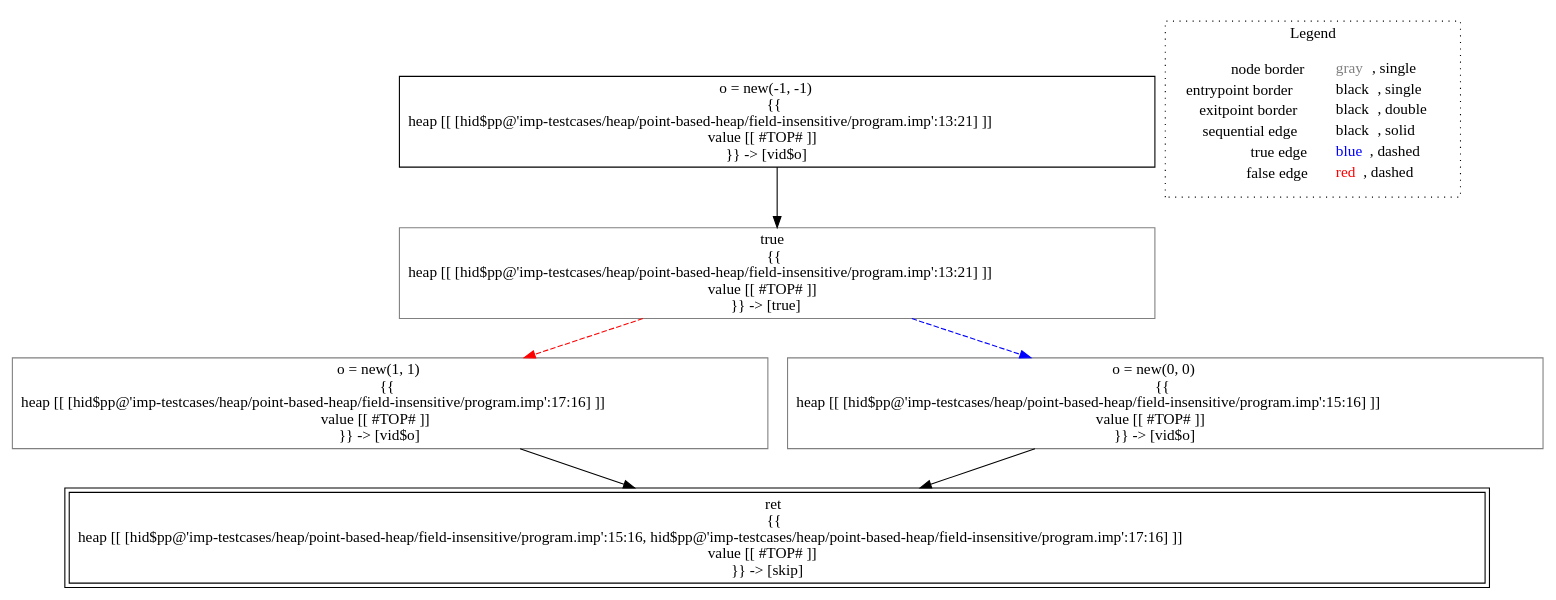
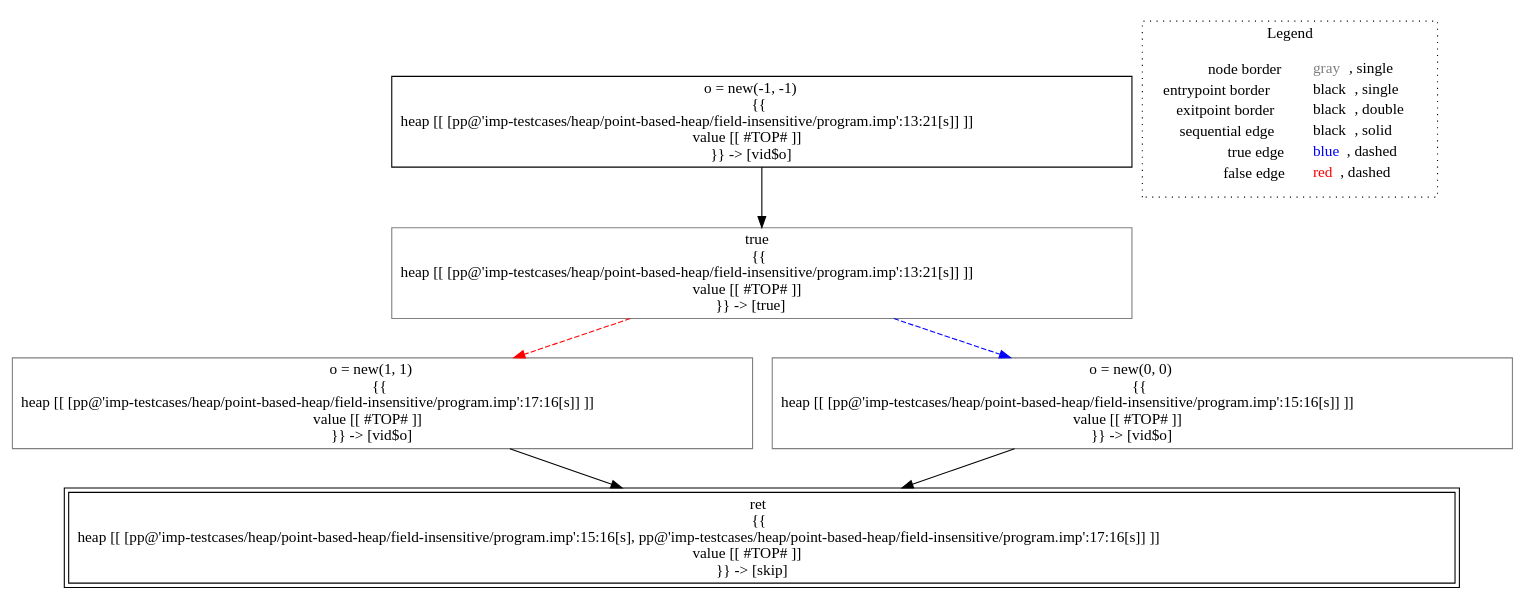
Before and after one commit to lisa-analyzer/lisa: the diagram in lisa/imp-testcases/heap/point-based-heap/field-insensitive/analysis___untyped_A.f2(A_this).dot, drawn with Graphviz. The commit also changed 31 other files, not shown here.

Commit message:
field insensitive point-based heap with strong updates

```diff
--- a/lisa/imp-testcases/heap/point-based-heap/field-insensitive/analysis___untyped_A.f2(A_this).dot
+++ b/lisa/imp-testcases/heap/point-based-heap/field-insensitive/analysis___untyped_A.f2(A_this).dot
@@ -1,19 +1,19 @@
 digraph {
-	"node0" [shape="rect",color="black",label=<o = new(-1, -1)<BR/>{{<BR/>heap [[ [hid$pp@'imp-testcases/heap/point-based-heap/field-insensitive/program.imp':13:21] ]]<BR/>value [[ #TOP# ]]<BR/>}} -&gt; [vid$o]>];
-	"node1" [shape="rect",color="gray",label=<o = new(1, 1)<BR/>{{<BR/>heap [[ [hid$pp@'imp-testcases/heap/point-based-heap/field-insensitive/program.imp':17:16] ]]<BR/>value [[ #TOP# ]]<BR/>}} -&gt; [vid$o]>];
-	"node2" [shape="rect",color="gray",label=<o = new(0, 0)<BR/>{{<BR/>heap [[ [hid$pp@'imp-testcases/heap/point-based-heap/field-insensitive/program.imp':15:16] ]]<BR/>value [[ #TOP# ]]<BR/>}} -&gt; [vid$o]>];
-	"node3" [shape="rect",color="black",peripheries="2",label=<ret<BR/>{{<BR/>heap [[ [hid$pp@'imp-testcases/heap/point-based-heap/field-insensitive/program.imp':15:16, hid$pp@'imp-testcases/heap/point-based-heap/field-insensitive/program.imp':17:16] ]]<BR/>value [[ #TOP# ]]<BR/>}} -&gt; [skip]>];
-	"node4" [shape="rect",color="gray",label=<true<BR/>{{<BR/>heap [[ [hid$pp@'imp-testcases/heap/point-based-heap/field-insensitive/program.imp':13:21] ]]<BR/>value [[ #TOP# ]]<BR/>}} -&gt; [true]>];
-	"node1" -> "node3" [color="black"];
-	"node2" -> "node3" [color="black"];
-	"node0" -> "node4" [color="black"];
-	"node4" -> "node1" [color="red",style="dashed"];
-	"node4" -> "node2" [color="blue",style="dashed"];
+	"node0" [shape="rect",color="black",label=<o = new(-1, -1)<BR/>{{<BR/>heap [[ [pp@'imp-testcases/heap/point-based-heap/field-insensitive/program.imp':13:21[s]] ]]<BR/>value [[ #TOP# ]]<BR/>}} -&gt; [vid$o]>];
+	"node1" [shape="rect",color="gray",label=<true<BR/>{{<BR/>heap [[ [pp@'imp-testcases/heap/point-based-heap/field-insensitive/program.imp':13:21[s]] ]]<BR/>value [[ #TOP# ]]<BR/>}} -&gt; [true]>];
+	"node2" [shape="rect",color="black",peripheries="2",label=<ret<BR/>{{<BR/>heap [[ [pp@'imp-testcases/heap/point-based-heap/field-insensitive/program.imp':15:16[s], pp@'imp-testcases/heap/point-based-heap/field-insensitive/program.imp':17:16[s]] ]]<BR/>value [[ #TOP# ]]<BR/>}} -&gt; [skip]>];
+	"node3" [shape="rect",color="gray",label=<o = new(1, 1)<BR/>{{<BR/>heap [[ [pp@'imp-testcases/heap/point-based-heap/field-insensitive/program.imp':17:16[s]] ]]<BR/>value [[ #TOP# ]]<BR/>}} -&gt; [vid$o]>];
+	"node4" [shape="rect",color="gray",label=<o = new(0, 0)<BR/>{{<BR/>heap [[ [pp@'imp-testcases/heap/point-based-heap/field-insensitive/program.imp':15:16[s]] ]]<BR/>value [[ #TOP# ]]<BR/>}} -&gt; [vid$o]>];
+	"node0" -> "node1" [color="black"];
+	"node1" -> "node3" [color="red",style="dashed"];
+	"node1" -> "node4" [color="blue",style="dashed"];
+	"node3" -> "node2" [color="black"];
+	"node4" -> "node2" [color="black"];
 subgraph cluster_legend {
 	label="Legend";
 	style=dotted;
 	node [shape=plaintext];
 	"legend" [label=<<table border="0" cellpadding="2" cellspacing="0" cellborder="0"><tr><td align="right">node border&nbsp;</td><td align="left"><font color="gray">gray</font>, single</td></tr><tr><td align="right">entrypoint border&nbsp;</td><td align="left"><font color="black">black</font>, single</td></tr><tr><td align="right">exitpoint border&nbsp;</td><td align="left"><font color="black">black</font>, double</td></tr><tr><td align="right">sequential edge&nbsp;</td><td align="left"><font color="black">black</font>, solid</td></tr><tr><td align="right">true edge&nbsp;</td><td align="left"><font color="blue">blue</font>, dashed</td></tr><tr><td align="right">false edge&nbsp;</td><td align="left"><font color="red">red</font>, dashed</td></tr></table>>];
 }
 
 }
```
